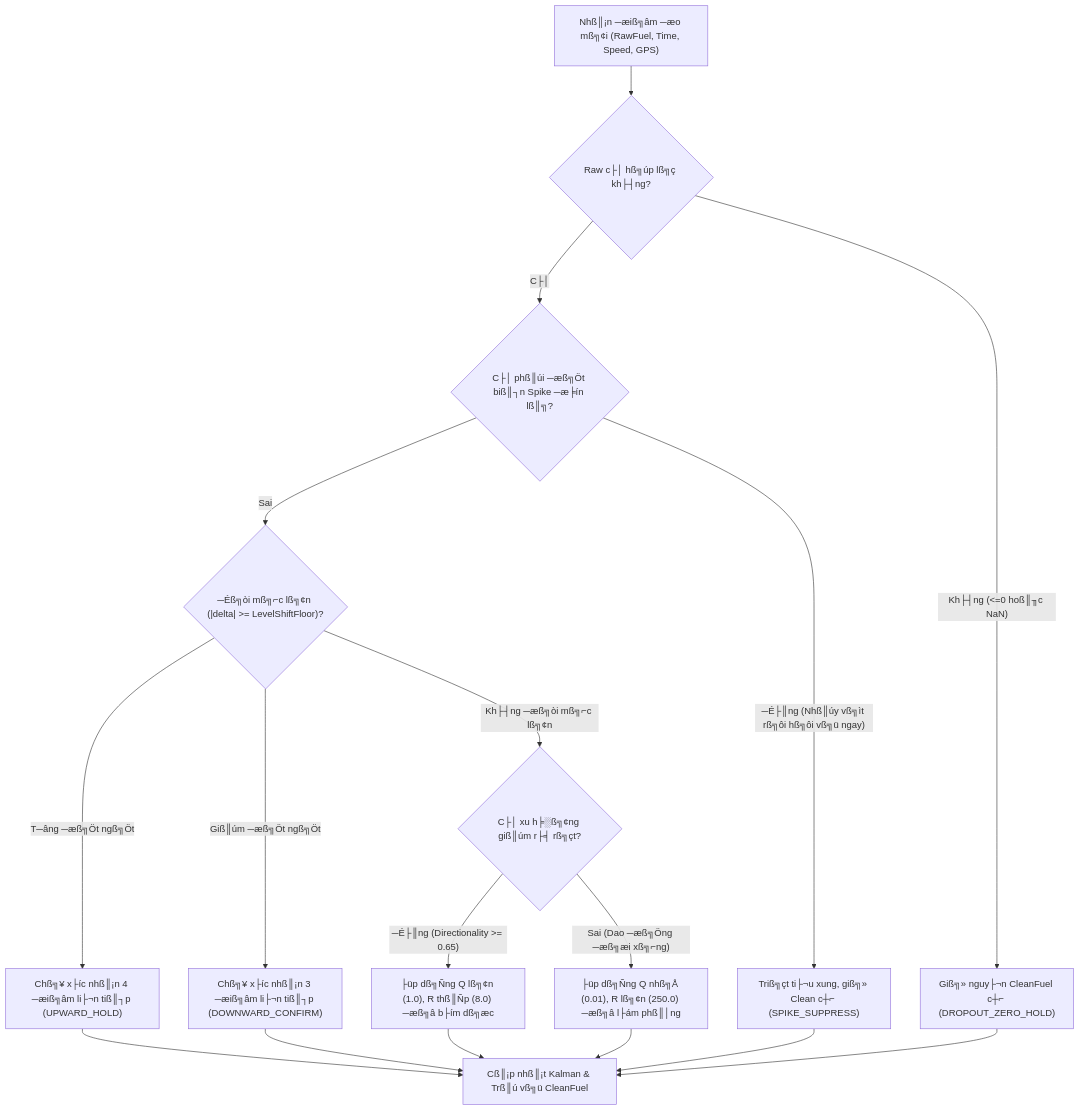
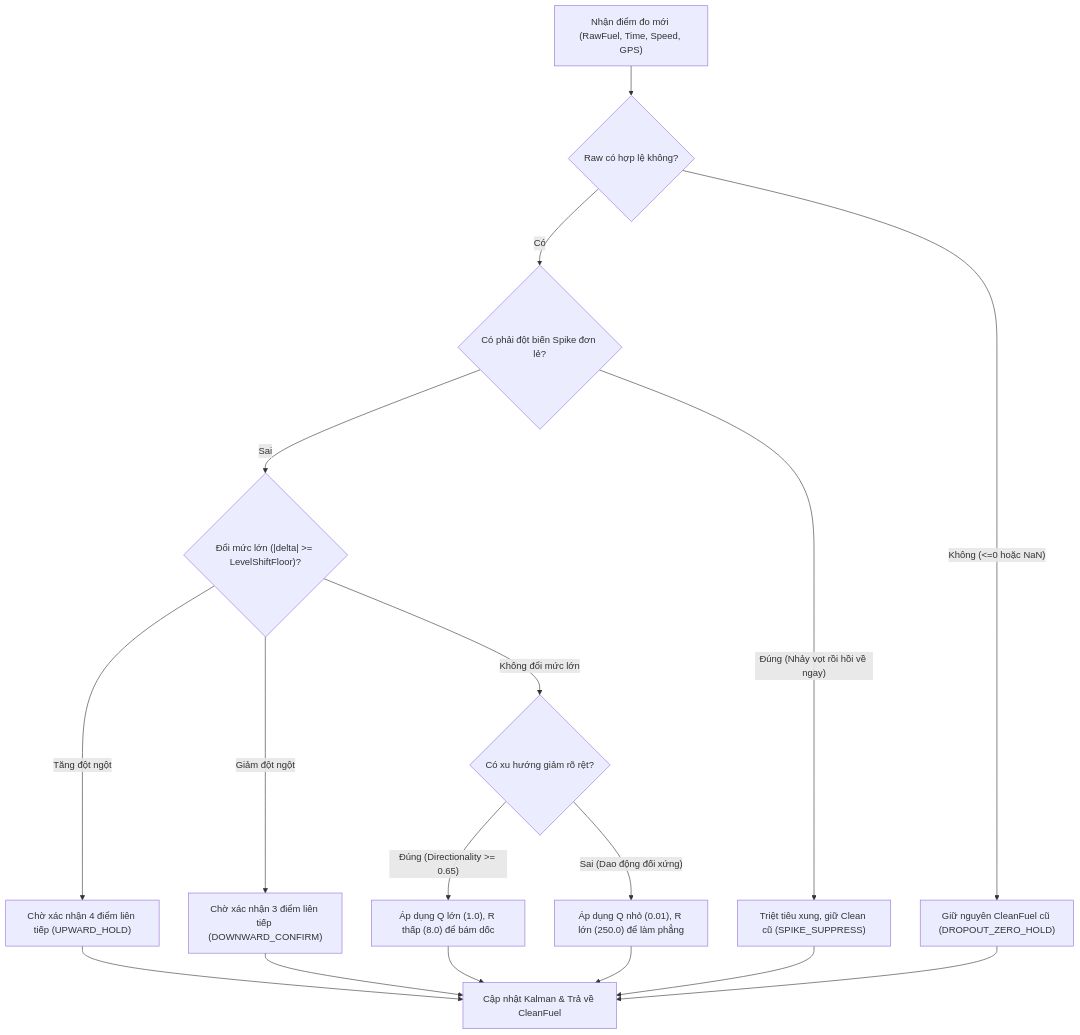
Before and after one commit to HOANGTHI2509/THUCTAP-VICOMSAT-D1: the third of 4 diagrams in README.md, drawn with Mermaid. The commit also changed other lines of this file, not shown here.

````diff
--- a/README.md
+++ b/README.md
@@ -376,19 +376,19 @@
 ```mermaid
 flowchart TD
-    A["Nhß║¡n ─æiß╗âm ─æo mß╗¢i (RawFuel, Time, Speed, GPS)"] --> B{"Raw c├│ hß╗úp lß╗ç kh├┤ng?"}
-    B -- "Kh├┤ng (<=0 hoß║╖c NaN)" --> C["Giß╗» nguy├¬n CleanFuel c┼⌐ (DROPOUT_ZERO_HOLD)"]
-    B -- "C├│" --> D{"C├│ phß║úi ─æß╗Öt biß║┐n Spike ─æ╞ín lß║╗?"}
-    D -- "─É├║ng (Nhß║úy vß╗ìt rß╗ôi hß╗ôi vß╗ü ngay)" --> E["Triß╗çt ti├¬u xung, giß╗» Clean c┼⌐ (SPIKE_SUPPRESS)"]
-    D -- "Sai" --> F{"─Éß╗òi mß╗⌐c lß╗¢n (|delta| >= LevelShiftFloor)?"}
-    F -- "T─âng ─æß╗Öt ngß╗Öt" --> G["Chß╗¥ x├íc nhß║¡n 4 ─æiß╗âm li├¬n tiß║┐p (UPWARD_HOLD)"]
-    F -- "Giß║úm ─æß╗Öt ngß╗Öt" --> H["Chß╗¥ x├íc nhß║¡n 3 ─æiß╗âm li├¬n tiß║┐p (DOWNWARD_CONFIRM)"]
-    F -- "Kh├┤ng ─æß╗òi mß╗⌐c lß╗¢n" --> I{"C├│ xu h╞░ß╗¢ng giß║úm r├╡ rß╗çt?"}
-    I -- "─É├║ng (Directionality >= 0.65)" --> J["├üp dß╗Ñng Q lß╗¢n (1.0), R thß║Ñp (8.0) ─æß╗â b├ím dß╗æc"]
-    I -- "Sai (Dao ─æß╗Öng ─æß╗æi xß╗⌐ng)" --> K["├üp dß╗Ñng Q nhß╗Å (0.01), R lß╗¢n (250.0) ─æß╗â l├ám phß║│ng"]
-    G --> L["Cß║¡p nhß║¡t Kalman & Trß║ú vß╗ü CleanFuel"]
+    A["Nhận điểm đo mới (RawFuel, Time, Speed, GPS)"] --> B{"Raw có hợp lệ không?"}
+    B -- "Không (<=0 hoặc NaN)" --> C["Giữ nguyên CleanFuel cũ (DROPOUT_ZERO_HOLD)"]
+    B -- "Có" --> D{"Có phải đột biến Spike đơn lẻ?"}
+    D -- "Đúng (Nhảy vọt rồi hồi về ngay)" --> E["Triệt tiêu xung, giữ Clean cũ (SPIKE_SUPPRESS)"]
+    D -- "Sai" --> F{"Đổi mức lớn (|delta| >= LevelShiftFloor)?"}
+    F -- "Tăng đột ngột" --> G["Chờ xác nhận 4 điểm liên tiếp (UPWARD_HOLD)"]
+    F -- "Giảm đột ngột" --> H["Chờ xác nhận 3 điểm liên tiếp (DOWNWARD_CONFIRM)"]
+    F -- "Không đổi mức lớn" --> I{"Có xu hướng giảm rõ rệt?"}
+    I -- "Đúng (Directionality >= 0.65)" --> J["Áp dụng Q lớn (1.0), R thấp (8.0) để bám dốc"]
+    I -- "Sai (Dao động đối xứng)" --> K["Áp dụng Q nhỏ (0.01), R lớn (250.0) để làm phẳng"]
+    G --> L["Cập nhật Kalman & Trả về CleanFuel"]
     H --> L
     J --> L
     K --> L
     E --> L
     C --> L
 ```
````
